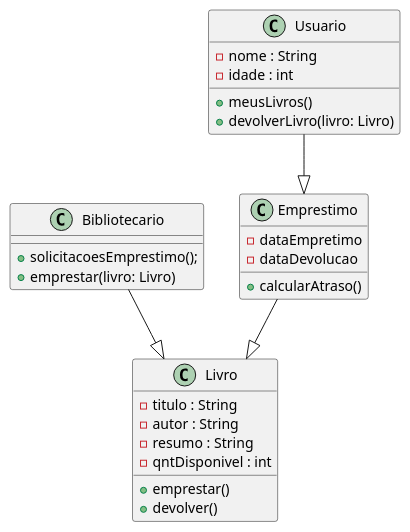
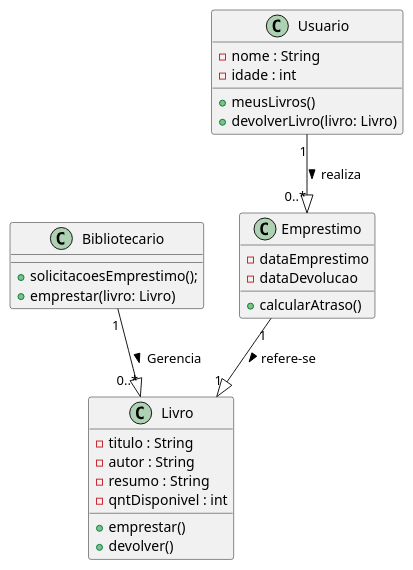
The diagram in Documentacao/DiagramaDeClasse.puml (Demicouto/Projeto-Almanaque), drawn with PlantUML before and after one commit.

Commit message:
docs(Documentacao): Mudanças no diagrama de classe

```diff
--- a/Documentacao/DiagramaDeClasse.puml
+++ b/Documentacao/DiagramaDeClasse.puml
@@ -1,34 +1,34 @@
 @startuml Diagrama de classe
 
 class Livro {
   - titulo : String
   - autor : String
   - resumo : String
   - qntDisponivel : int
   + emprestar()
   + devolver()
 }
 
 class Usuario {
     - nome : String
     - idade : int 
     + meusLivros()
     + devolverLivro(livro: Livro)
 }
 
 class Bibliotecario {
     + solicitacoesEmprestimo();
     + emprestar(livro: Livro)
 }
 
 class Emprestimo {
-    - dataEmpretimo
+    - dataEmprestimo
     - dataDevolucao
     + calcularAtraso()
 }
 
-Usuario --|> Emprestimo
-Emprestimo --|> Livro
-Bibliotecario --|> Livro
+Usuario "1" --|> "0..*" Emprestimo : realiza > 
+Emprestimo "1" --|> "1" Livro : refere-se >
+Bibliotecario "1" --|> "0..*" Livro : Gerencia >
 
 @enduml
```
